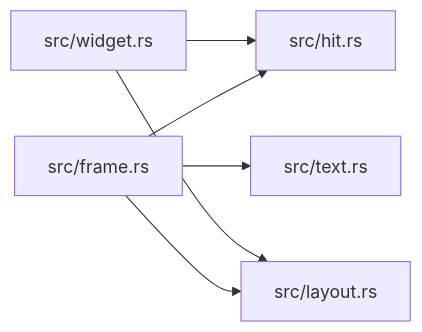
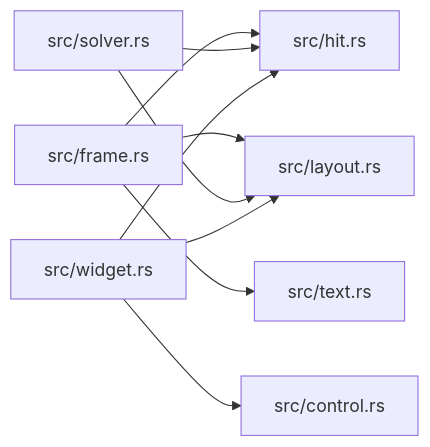
One commit to xcrtp/zela changed the diagram in docs/modules/ze-interact.md. Above: the diagram before and after it, drawn with Mermaid. The commit also changed other lines of this file and 345 other files, not shown here.

````diff
--- a/docs/modules/ze-interact.md
+++ b/docs/modules/ze-interact.md
@@ -31,13 +32,18 @@
 ```mermaid
 graph LR
+    f6["src/control.rs"]
     f0["src/frame.rs"]
     f1["src/hit.rs"]
     f2["src/layout.rs"]
+    f4["src/solver.rs"]
     f3["src/text.rs"]
-    f4["src/widget.rs"]
+    f5["src/widget.rs"]
     f0 --> f1
     f0 --> f2
     f0 --> f3
     f4 --> f1
     f4 --> f2
+    f5 --> f6
+    f5 --> f1
+    f5 --> f2
 ```
````
